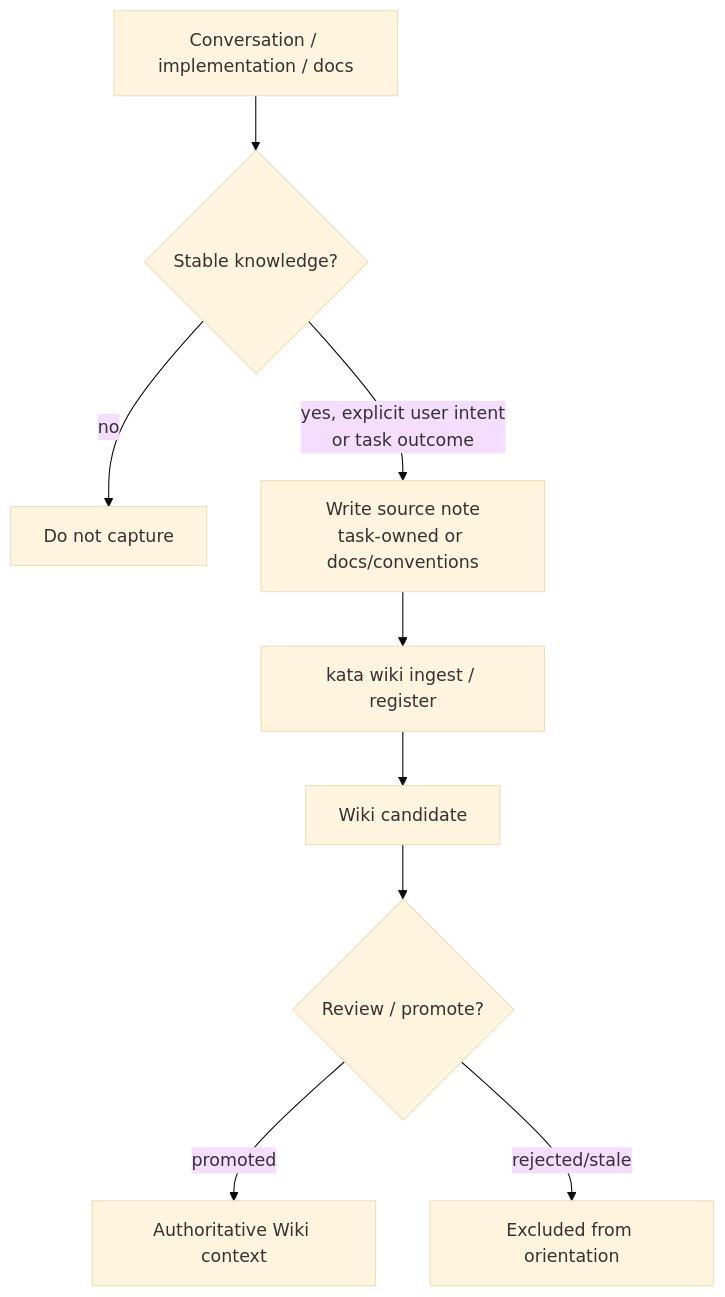
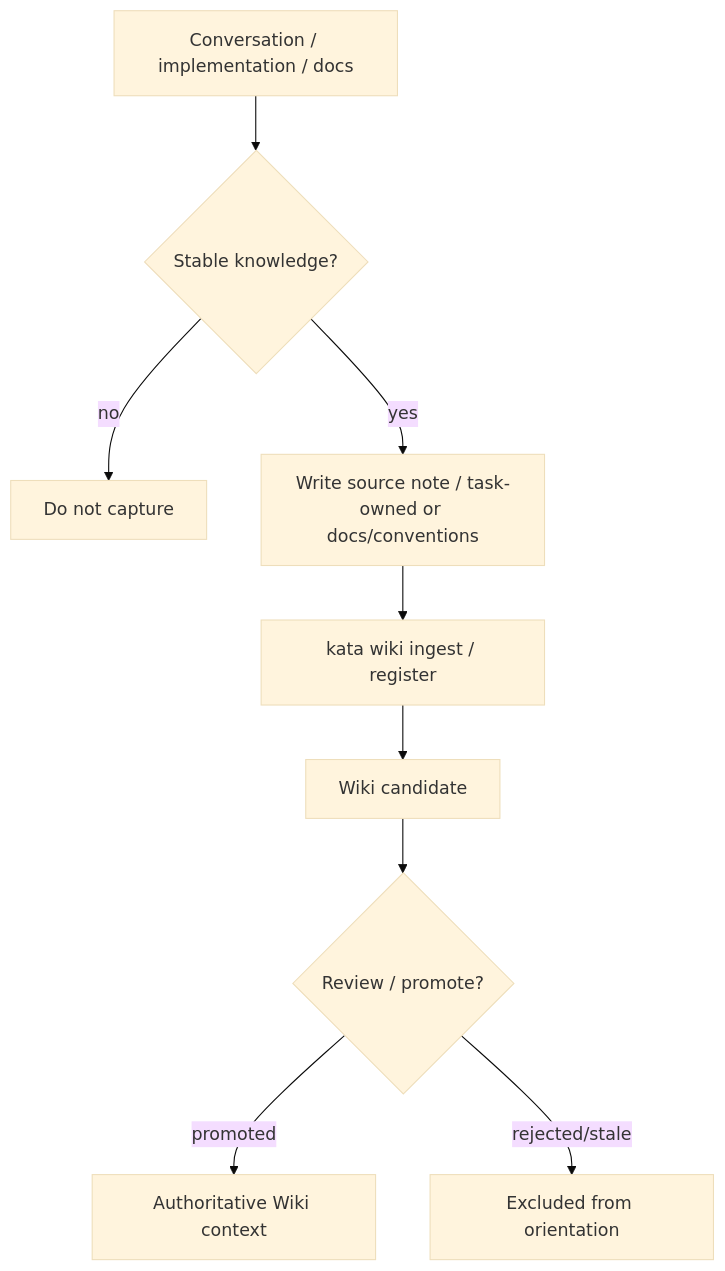
The fifth of 6 diagrams in README.md (geebytes/kata), drawn with Mermaid (base theme) before and after one commit. The commit also changed other lines of this file and 1 other file, not shown here.

Commit message:
docs: fix mermaid diagrams — replace br tags with plain text separators

````diff
--- a/README.md
+++ b/README.md
@@ -202,11 +202,11 @@
 ```mermaid
 flowchart TD
     A[Conversation / implementation / docs] --> B{Stable knowledge?}
     B -- no --> C[Do not capture]
-    B -- yes, explicit user intent<br/>or task outcome --> D[Write source note<br/>task-owned or docs/conventions]
+    B -- "yes" --> D["Write source note / task-owned or docs/conventions"]
     D --> E[kata wiki ingest / register]
     E --> F[Wiki candidate]
     F --> G{Review / promote?}
     G -- promoted --> H[Authoritative Wiki context]
     G -- rejected/stale --> I[Excluded from orientation]
 ```
````
